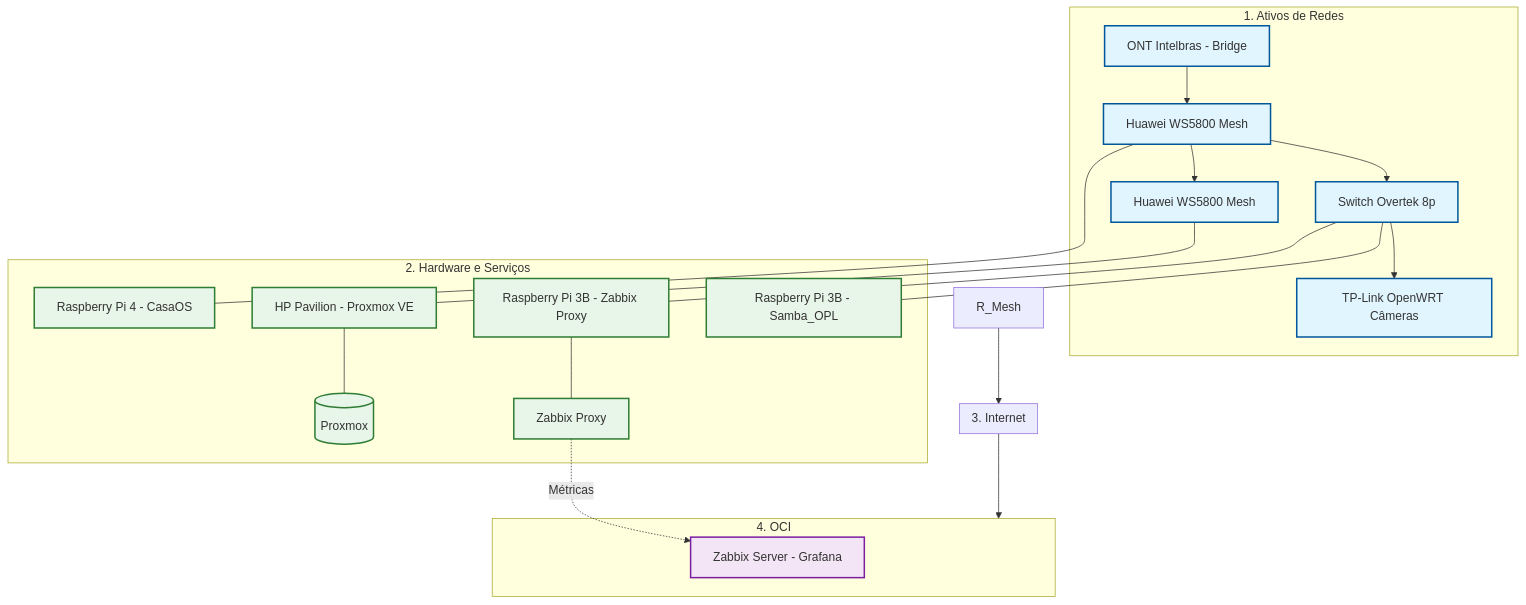
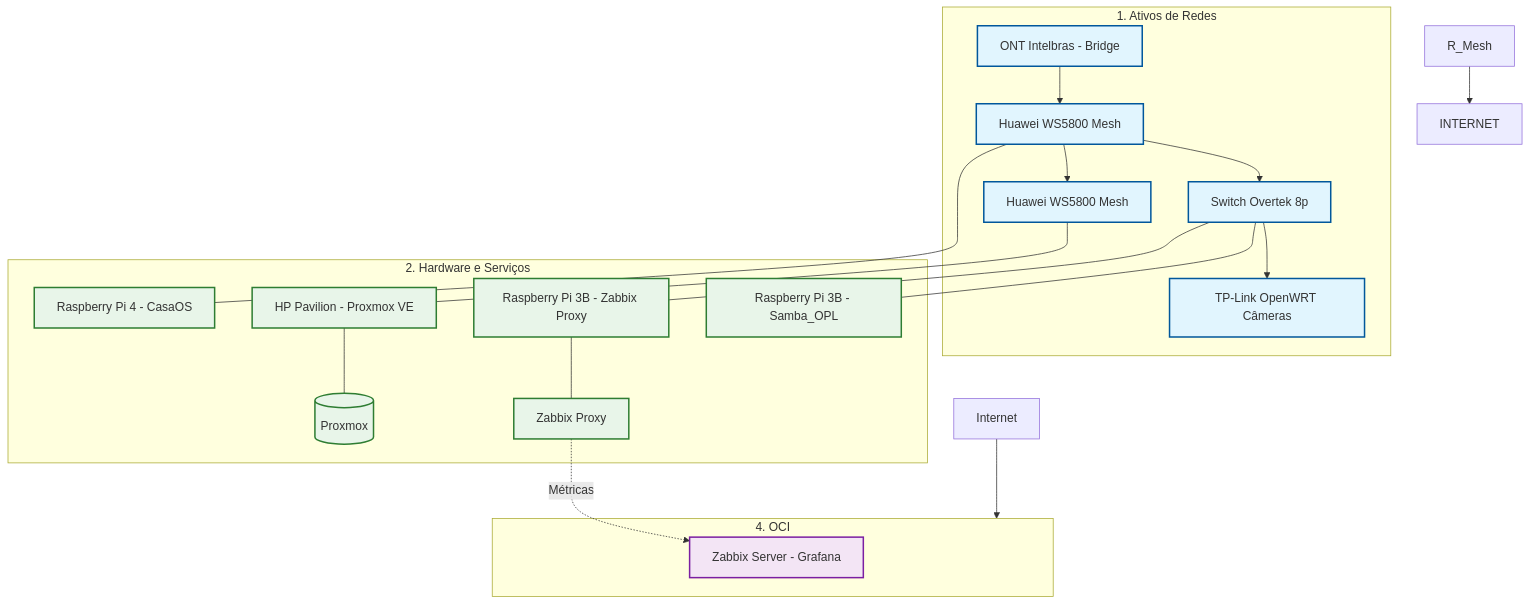
The diagram in Infraestructure/README.md (kevindexter22/Dr-Hardware-Autonet), drawn with Mermaid before and after one commit.

````diff
--- a/Infraestructure/README.md
+++ b/Infraestructure/README.md
@@ -13,46 +13,42 @@
 ```mermaid
 graph TD
     %% Estilos
     classDef rede fill:#e1f5fe,stroke:#01579b,stroke-width:2px;
     classDef hardware fill:#e8f5e9,stroke:#2e7d32,stroke-width:2px;
     classDef tunel fill:#fff3e0,stroke:#ef6c00,stroke-width:2px,stroke-dasharray: 5 5;
     classDef oci fill:#f3e5f5,stroke:#7b1fa2,stroke-width:2px;
 
     %% 1. ATIVOS DE REDE
     subgraph S1 [1. Ativos de Redes]
         ONT[ONT Intelbras - Bridge]:::rede --> R_Mesh1[Huawei WS5800 Mesh]:::rede
         R_Mesh1 --> SW1[Switch Overtek 8p]:::rede
         R_Mesh1 --> R_Mesh2[Huawei WS5800 Mesh]:::rede
         SW1 --> R_Cams[TP-Link OpenWRT Câmeras]:::rede
                 
     end
 
     %% 2. HARDWARE E SERVIÇOS
     subgraph S2 [2. Hardware e Serviços]
         R_Mesh1 --- RPi4[Raspberry Pi 4 - CasaOS]:::hardware
         SW1 --- RPi3_1[Raspberry Pi 3B - Samba_OPL]:::hardware
         SW1 --- RPi3_2[Raspberry Pi 3B - Zabbix Proxy]:::hardware
         R_Mesh2 --- HP[HP Pavilion - Proxmox VE]:::hardware
         
         
         RPi3_2 --- ZP[Zabbix Proxy]:::hardware
         HP --- PVE[(Proxmox)]:::hardware
     end
 
-    %% 3. Internet (A PONTE)
-    subgraph S3 [3. Internet]
-    end
-
     %% 4. OCI
     subgraph S4 [4. OCI]
         ZS[Zabbix Server - Grafana]:::oci
     end
 
     %% Conexões de Fluxo de Dados para manter a ordem
-    R_Mesh --> S3[INTERNET]
-    S3 --> S4
+    R_Mesh --> INTERNET
+    Internet --> S4
     
     %% Relacionamentos lógicos (setas duplas para replicação)
     ZP -.-> |Métricas| ZS
 
 ```
````
